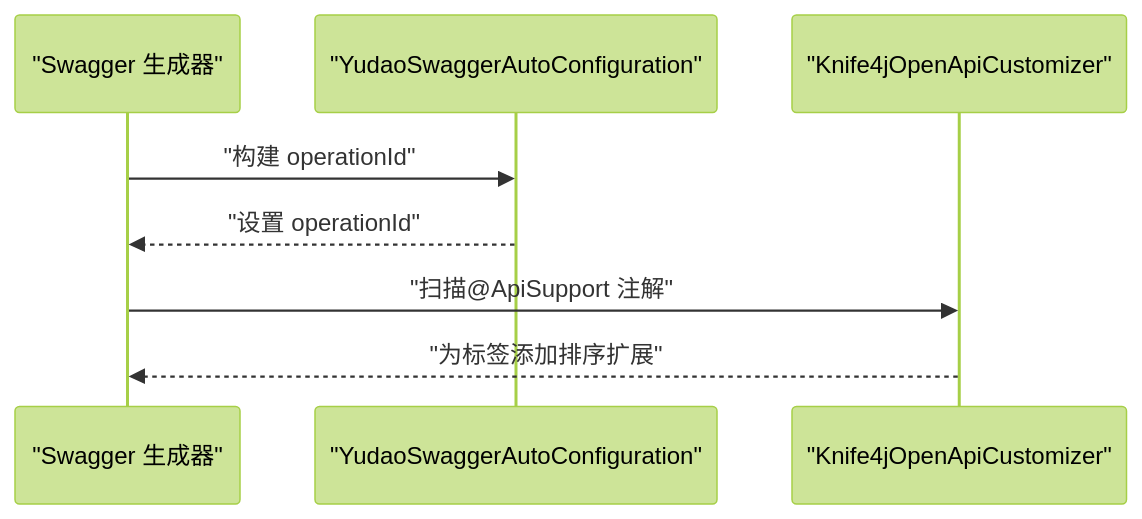
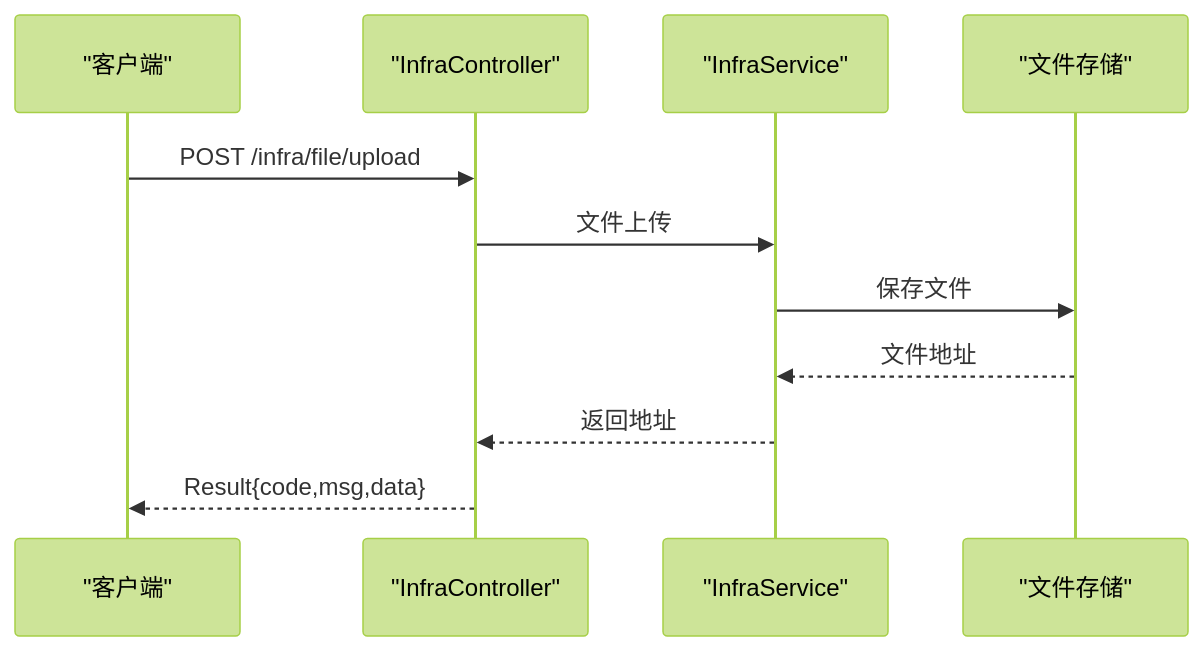
Before and after one commit to zhuangpengLI/AgenticCPS: the eighth of 14 diagrams in .qoder/repowiki/zh/content/API 接口文档/API 接口文档.md, drawn with Mermaid (forest theme). The commit also changed other lines of this file and 293 other files, not shown here.

````diff
--- a/.qoder/repowiki/zh/content/API 接口文档/API 接口文档.md
+++ b/.qoder/repowiki/zh/content/API 接口文档/API 接口文档.md
@@ -231,10 +258,13 @@
 ```mermaid
 sequenceDiagram
-participant Gen as "Swagger 生成器"
-participant Cfg as "YudaoSwaggerAutoConfiguration"
-participant Cust as "Knife4jOpenApiCustomizer"
-Gen->>Cfg : "构建 operationId"
-Cfg-->>Gen : "设置 operationId"
-Gen->>Cust : "扫描@ApiSupport 注解"
-Cust-->>Gen : "为标签添加排序扩展"
+participant Client as "客户端"
+participant Ctrl as "InfraController"
+participant Svc as "InfraService"
+participant FS as "文件存储"
+Client->>Ctrl : POST /infra/file/upload
+Ctrl->>Svc : 文件上传
+Svc->>FS : 保存文件
+FS-->>Svc : 文件地址
+Svc-->>Ctrl : 返回地址
+Ctrl-->>Client : Result{code,msg,data}
 ```
````
